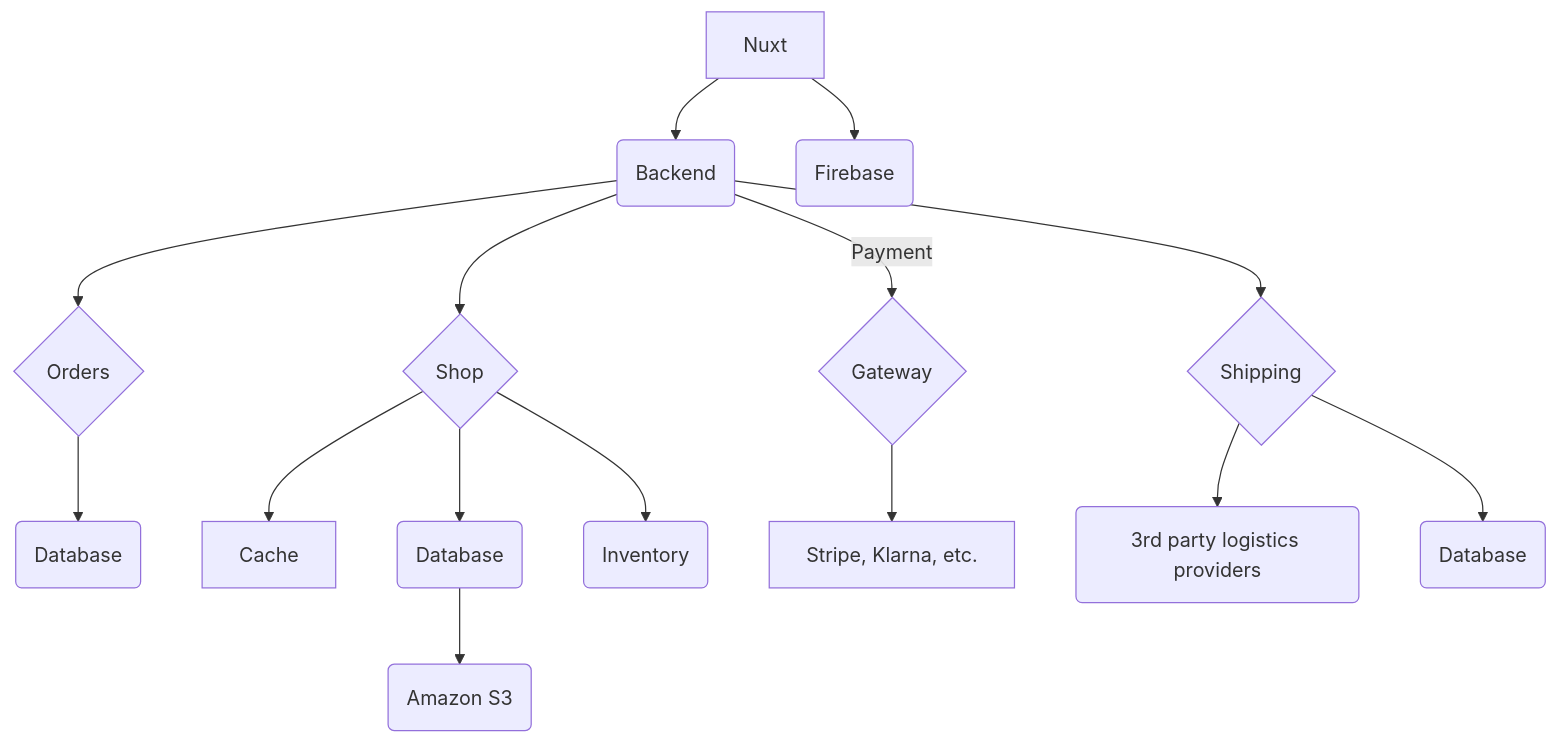
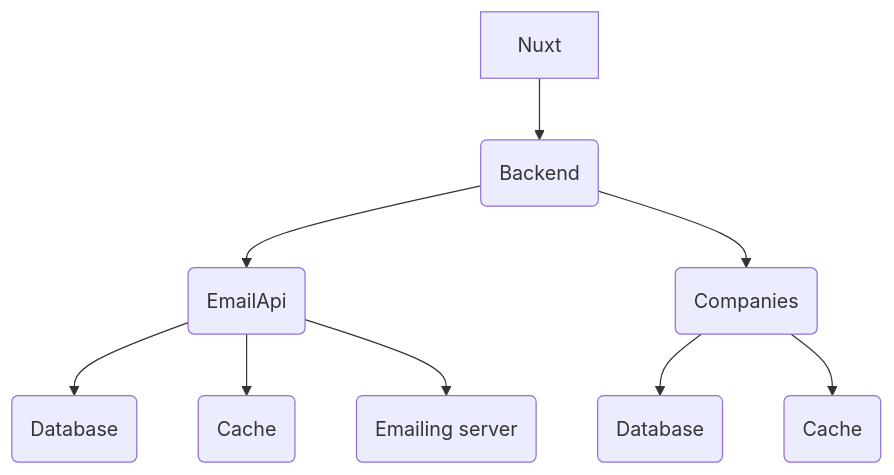
The first of 4 diagrams in docs/ARCHITECTURE.md (Zadigo/mycommerce), drawn with Mermaid before and after one commit. The commit also changed other lines of this file and 13 other files, not shown here.

````diff
--- a/docs/ARCHITECTURE.md
+++ b/docs/ARCHITECTURE.md
@@ -69,20 +55,14 @@
 ```mermaid
 flowchart
     A[Nuxt] --> B(Backend)
-    A --> Q(Firebase)
-    B --> C{Shop}
-    B --> K{Orders}
-    B --> N{Shipping}
-    K --> S(Database)
+    B --> C(EmailApi)
 
-    C --> F[Cache]
-    C --> E(Database) --> M(Amazon S3)
-    C --> L(Inventory)
-  
-    B --> |Payment| G{Gateway}
-  
-    G --> H[Stripe, Klarna, etc.]
+    C --> D(Database)
+    C --> E(Cache)
 
-    N --> O(3rd party logistics providers)
-    N --> R(Database)
+    B --> F(Companies)
+    F --> G(Database)
+    F --> H(Cache)
+
+    C --> I(Emailing server)
 ```
````
